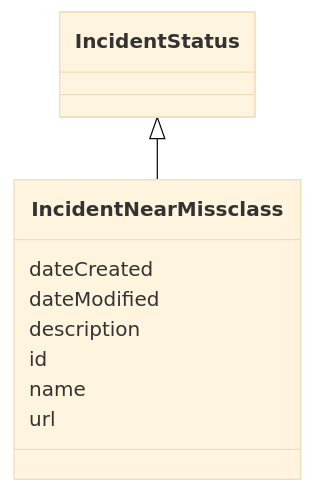
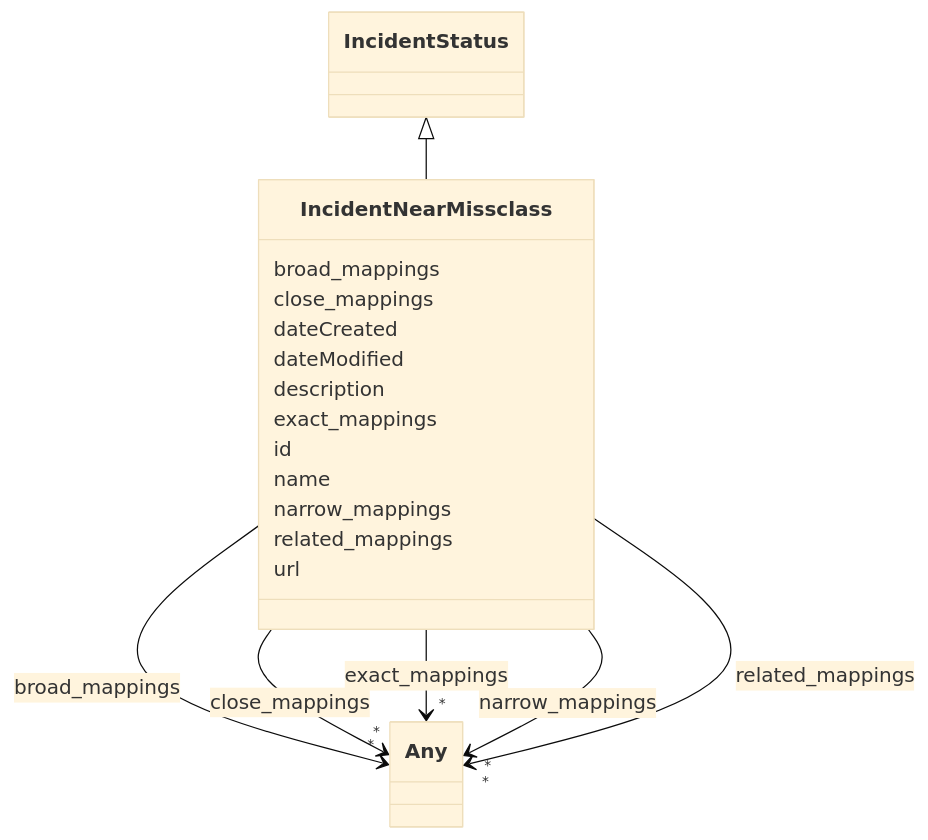
Before and after one commit to ingelise/risk-atlas-nexus: the diagram in docs/ontology/IncidentNearMissclass.md, drawn with Mermaid (base theme). The commit also changed other lines of this file and 180 other files, not shown here.

````diff
--- a/docs/ontology/IncidentNearMissclass.md
+++ b/docs/ontology/IncidentNearMissclass.md
@@ -13,21 +13,76 @@
 ```mermaid
  classDiagram
     class IncidentNearMissclass
     click IncidentNearMissclass href "../IncidentNearMissclass/"
       IncidentStatus <|-- IncidentNearMissclass
         click IncidentStatus href "../IncidentStatus/"
 
+      IncidentNearMissclass : broad_mappings
+
+
+
+
+
+        IncidentNearMissclass --> "*" Any : broad_mappings
+        click Any href "../Any/"
+
+
+
+      IncidentNearMissclass : close_mappings
+
+
+
+
+
+        IncidentNearMissclass --> "*" Any : close_mappings
+        click Any href "../Any/"
+
+
+
       IncidentNearMissclass : dateCreated
 
       IncidentNearMissclass : dateModified
 
       IncidentNearMissclass : description
 
+      IncidentNearMissclass : exact_mappings
+
+
+
+
+
+        IncidentNearMissclass --> "*" Any : exact_mappings
+        click Any href "../Any/"
+
+
+
       IncidentNearMissclass : id
 
       IncidentNearMissclass : name
+
+      IncidentNearMissclass : narrow_mappings
+
+
+
+
+
+        IncidentNearMissclass --> "*" Any : narrow_mappings
+        click Any href "../Any/"
+
+
+
+      IncidentNearMissclass : related_mappings
+
+
+
+
+
+        IncidentNearMissclass --> "*" Any : related_mappings
+        click Any href "../Any/"
+
+
 
       IncidentNearMissclass : url
 
 
 ```
````
